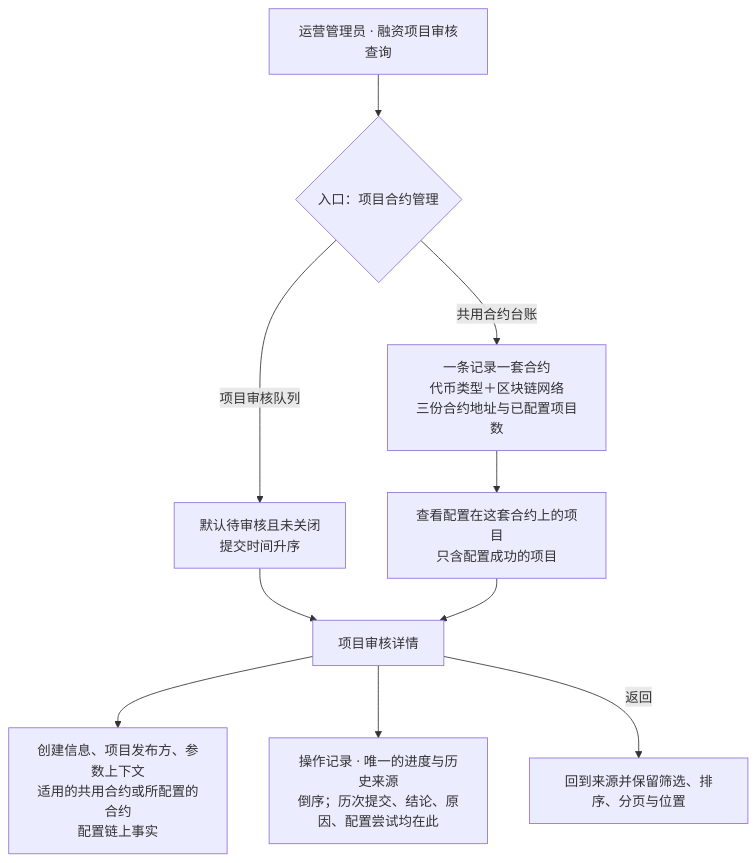
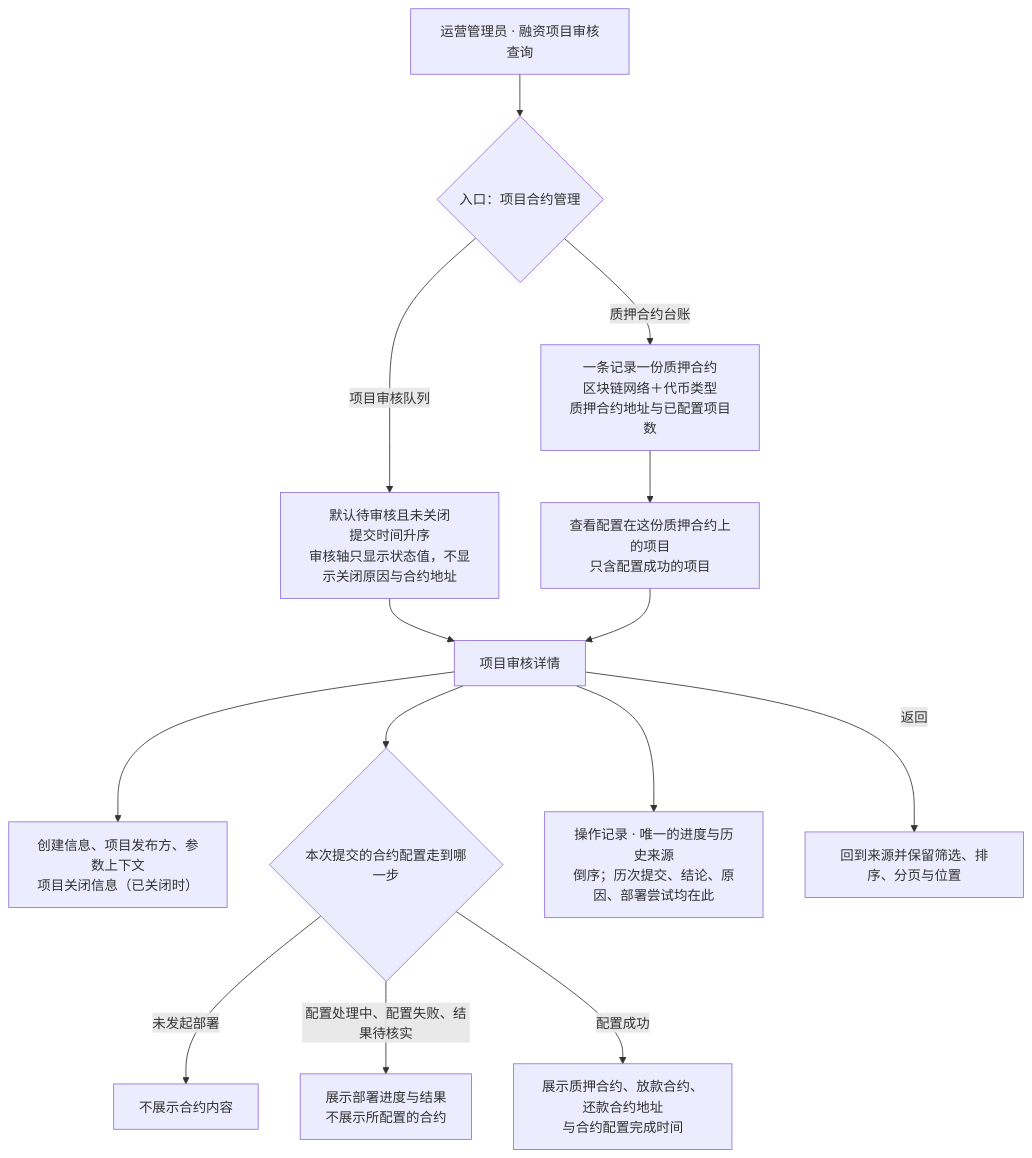
Before and after one commit to wxblockchain/Chain-Financing: the third of 5 diagrams in lending-platform/PRD/运营端/04-运营端项目合约管理/02-运营端项目合约管理-流程图与状态机.md, drawn with Mermaid. The commit also changed other lines of this file and 3 other files, not shown here.

````diff
--- a/lending-platform/PRD/运营端/04-运营端项目合约管理/02-运营端项目合约管理-流程图与状态机.md
+++ b/lending-platform/PRD/运营端/04-运营端项目合约管理/02-运营端项目合约管理-流程图与状态机.md
@@ -77,12 +77,16 @@
 ```mermaid
 flowchart TD
   A["运营管理员 · 融资项目审核查询"] --> B{"入口：项目合约管理"}
-  B -- "项目审核队列" --> C["默认待审核且未关闭<br/>提交时间升序"]
-  B -- "共用合约台账" --> D["一条记录一套合约<br/>代币类型＋区块链网络<br/>三份合约地址与已配置项目数"]
-  D --> D1["查看配置在这套合约上的项目<br/>只含配置成功的项目"]
+  B -- "项目审核队列" --> C["默认待审核且未关闭<br/>提交时间升序<br/>审核轴只显示状态值，不显示关闭原因与合约地址"]
+  B -- "质押合约台账" --> D["一条记录一份质押合约<br/>区块链网络＋代币类型<br/>质押合约地址与已配置项目数"]
+  D --> D1["查看配置在这份质押合约上的项目<br/>只含配置成功的项目"]
   C --> E["项目审核详情"]
   D1 --> E
-  E --> F["创建信息、项目发布方、参数上下文<br/>适用的共用合约或所配置的合约<br/>配置链上事实"]
-  E --> J["操作记录 · 唯一的进度与历史来源<br/>倒序；历次提交、结论、原因、配置尝试均在此"]
+  E --> F["创建信息、项目发布方、参数上下文<br/>项目关闭信息（已关闭时）"]
+  E --> G{"本次提交的合约配置走到哪一步"}
+  G -- "未发起部署" --> G1["不展示合约内容"]
+  G -- "配置处理中、配置失败、结果待核实" --> G2["展示部署进度与结果<br/>不展示所配置的合约"]
+  G -- "配置成功" --> G3["展示质押合约、放款合约、还款合约地址<br/>与合约配置完成时间"]
+  E --> J["操作记录 · 唯一的进度与历史来源<br/>倒序；历次提交、结论、原因、部署尝试均在此"]
   E -- "返回" --> K["回到来源并保留筛选、排序、分页与位置"]
 ```
````
